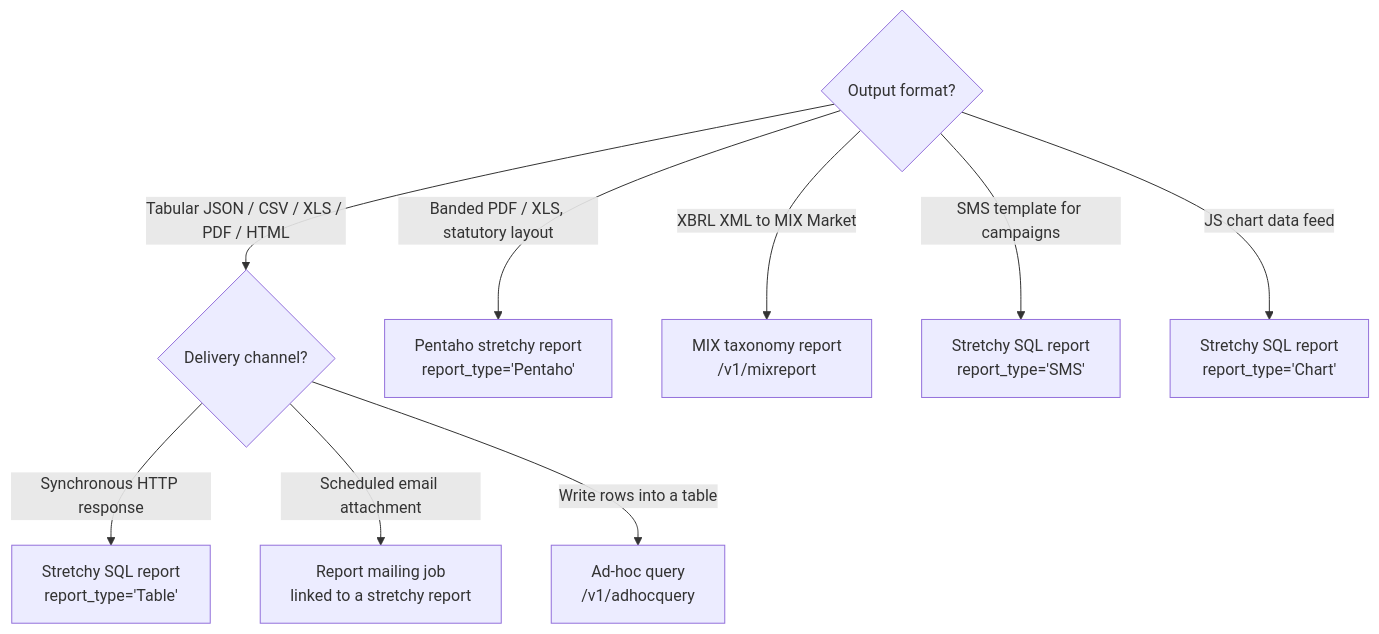
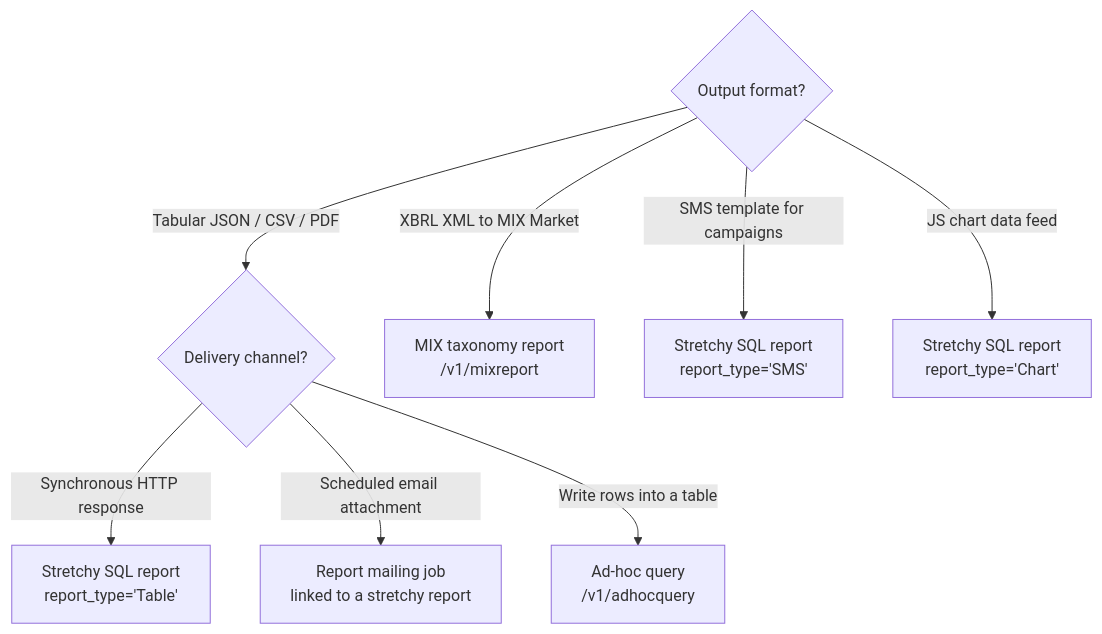
One commit to mintlify-atlas/docs-wiki-31b07890 changed the third of 4 diagrams in reporting/overview.mdx. Above: the diagram before and after it, drawn with Mermaid. The commit also changed other lines of this file and 115 other files, not shown here.

````diff
--- a/reporting/overview.mdx
+++ b/reporting/overview.mdx
@@ -174,11 +182,10 @@
 ```mermaid
 flowchart TD
-    Q1{Output format?} -->|Tabular JSON / CSV / XLS / PDF / HTML| Q2
-    Q1 -->|Banded PDF / XLS, statutory layout| P[Pentaho stretchy report<br/>report_type='Pentaho']
+    Q1{Output format?} -->|Tabular JSON / CSV / PDF| Q2
     Q1 -->|XBRL XML to MIX Market| M[MIX taxonomy report<br/>/v1/mixreport]
     Q2{Delivery channel?} -->|Synchronous HTTP response| S[Stretchy SQL report<br/>report_type='Table']
     Q2 -->|Scheduled email attachment| E[Report mailing job<br/>linked to a stretchy report]
     Q2 -->|Write rows into a table| A[Ad-hoc query<br/>/v1/adhocquery]
     Q1 -->|SMS template for campaigns| SMS[Stretchy SQL report<br/>report_type='SMS']
     Q1 -->|JS chart data feed| CH[Stretchy SQL report<br/>report_type='Chart']
 ```
````
